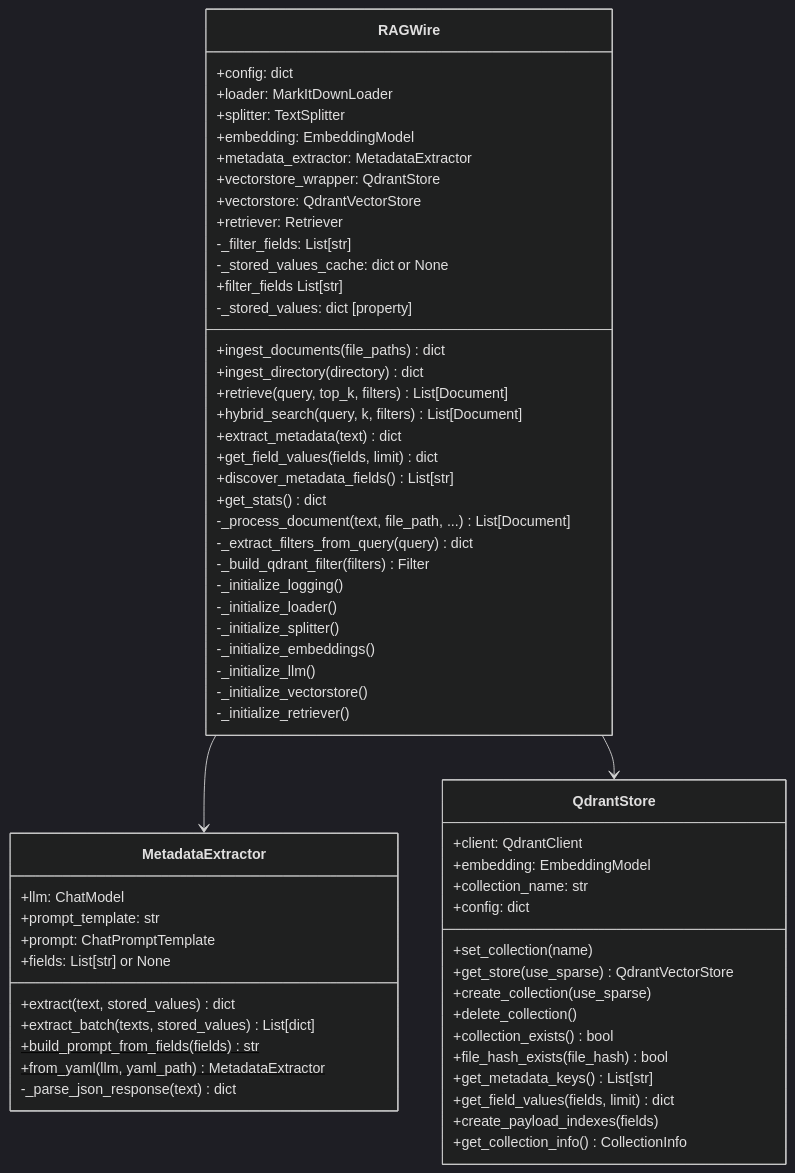
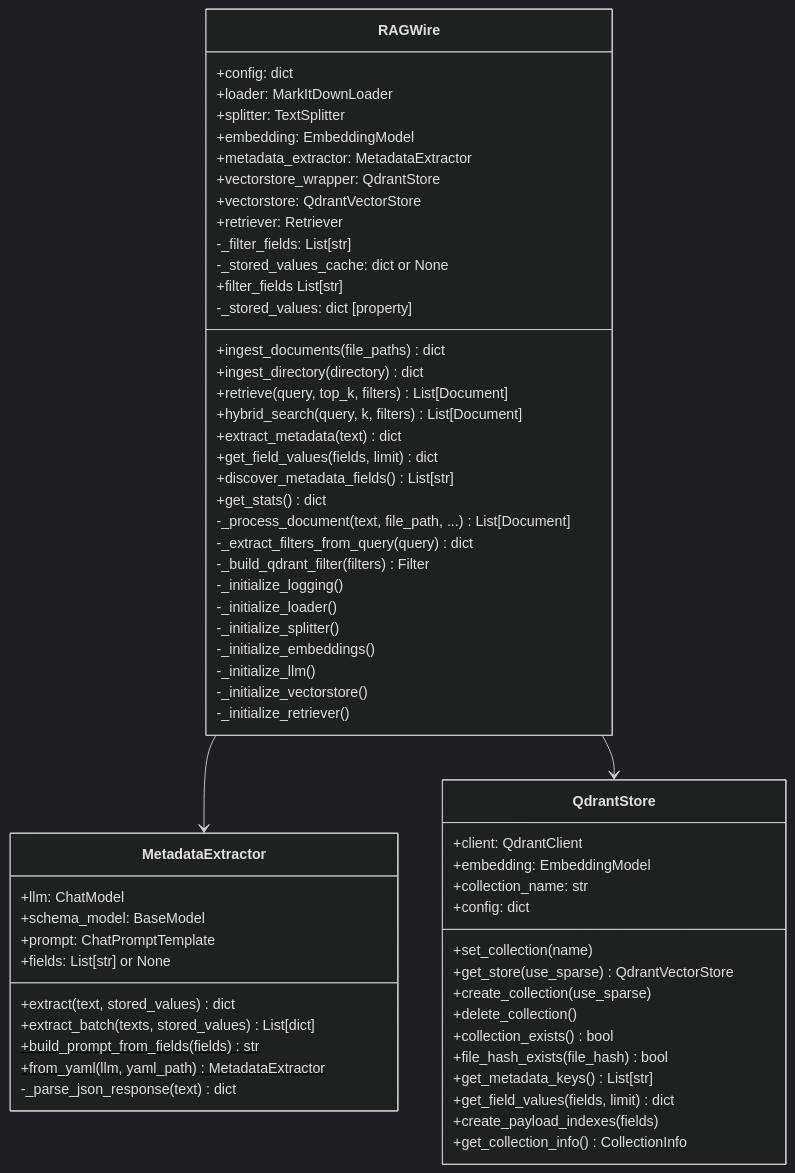
The second of 3 diagrams in docs/architecture/component_map.md (laxmimerit/RAGWire), drawn with Mermaid (dark theme) before and after one commit. The commit also changed 5 other files, not shown here.

Commit message:
schema extraction with pydantic base model

````diff
--- a/docs/architecture/component_map.md
+++ b/docs/architecture/component_map.md
@@ -48,71 +48,71 @@
 ```mermaid
 classDiagram
     class RAGWire {
         +config: dict
         +loader: MarkItDownLoader
         +splitter: TextSplitter
         +embedding: EmbeddingModel
         +metadata_extractor: MetadataExtractor
         +vectorstore_wrapper: QdrantStore
         +vectorstore: QdrantVectorStore
         +retriever: Retriever
         -_filter_fields: List[str]
         -_stored_values_cache: dict or None
 
         +ingest_documents(file_paths) dict
         +ingest_directory(directory) dict
         +retrieve(query, top_k, filters) List[Document]
         +hybrid_search(query, k, filters) List[Document]
         +extract_metadata(text) dict
         +get_field_values(fields, limit) dict
         +filter_fields List[str]
         +discover_metadata_fields() List[str]
         +get_stats() dict
 
         -_process_document(text, file_path, ...) List[Document]
         -_extract_filters_from_query(query) dict
         -_build_qdrant_filter(filters) Filter
         -_stored_values: dict [property]
         -_initialize_logging()
         -_initialize_loader()
         -_initialize_splitter()
         -_initialize_embeddings()
         -_initialize_llm()
         -_initialize_vectorstore()
         -_initialize_retriever()
     }
 
     class MetadataExtractor {
         +llm: ChatModel
-        +prompt_template: str
+        +schema_model: BaseModel
         +prompt: ChatPromptTemplate
         +fields: List[str] or None
 
         +extract(text, stored_values) dict
         +extract_batch(texts, stored_values) List[dict]
         +build_prompt_from_fields(fields)$ str
         +from_yaml(llm, yaml_path)$ MetadataExtractor
         -_parse_json_response(text) dict
     }
 
     class QdrantStore {
         +client: QdrantClient
         +embedding: EmbeddingModel
         +collection_name: str
         +config: dict
 
         +set_collection(name)
         +get_store(use_sparse) QdrantVectorStore
         +create_collection(use_sparse)
         +delete_collection()
         +collection_exists() bool
         +file_hash_exists(file_hash) bool
         +get_metadata_keys() List[str]
         +get_field_values(fields, limit) dict
         +create_payload_indexes(fields)
         +get_collection_info() CollectionInfo
     }
 
     RAGWire --> MetadataExtractor
     RAGWire --> QdrantStore
 ```
````
